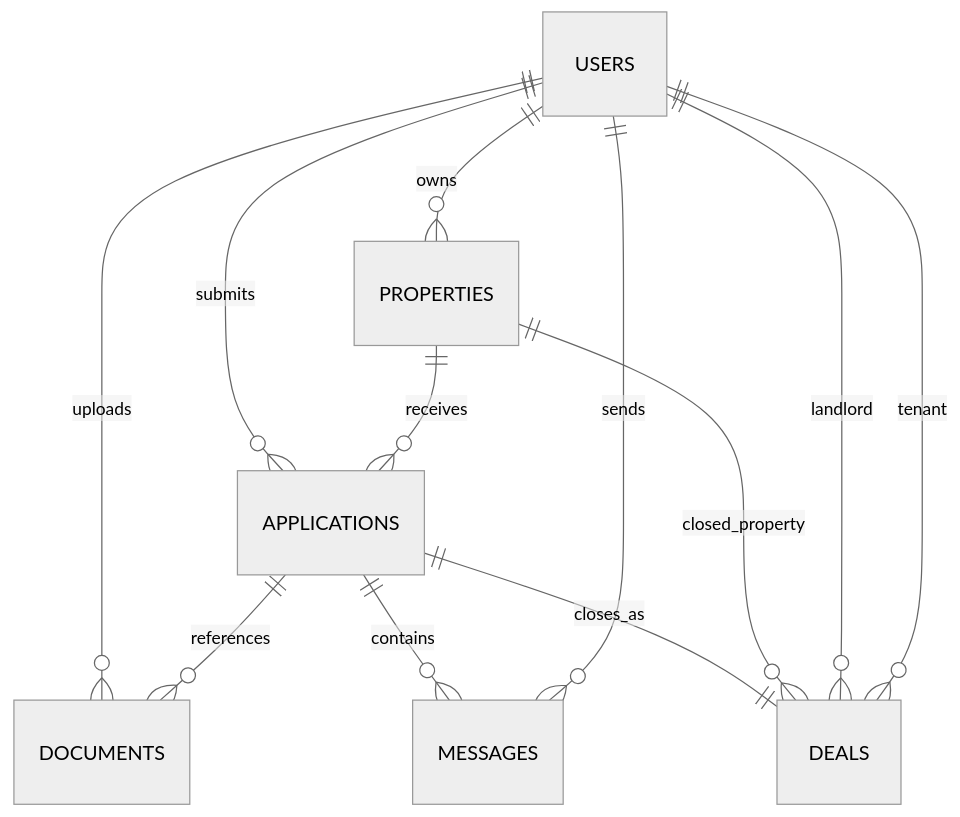
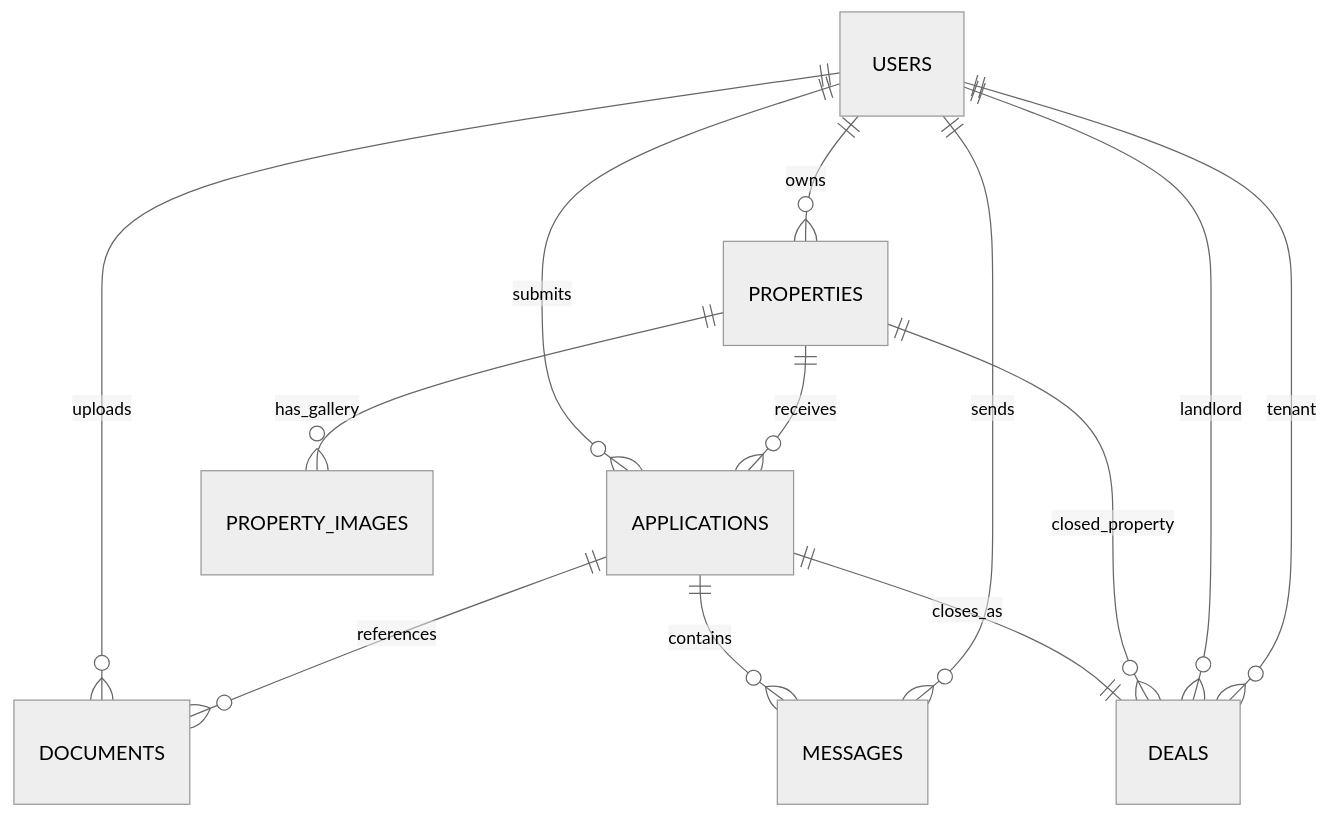
The diagram in docs/data-model.md (Carlos-could/backend-alquila), drawn with Mermaid (neutral theme) before and after one commit. The commit also changed other lines of this file and 10 other files, not shown here.

````diff
--- a/docs/data-model.md
+++ b/docs/data-model.md
@@ -16,14 +17,15 @@
 ```mermaid
 erDiagram
     USERS ||--o{ PROPERTIES : owns
     USERS ||--o{ APPLICATIONS : submits
     PROPERTIES ||--o{ APPLICATIONS : receives
     USERS ||--o{ DOCUMENTS : uploads
+    PROPERTIES ||--o{ PROPERTY_IMAGES : has_gallery
     APPLICATIONS ||--o{ DOCUMENTS : references
     APPLICATIONS ||--o{ MESSAGES : contains
     USERS ||--o{ MESSAGES : sends
     APPLICATIONS ||--|| DEALS : closes_as
     PROPERTIES ||--o{ DEALS : closed_property
     USERS ||--o{ DEALS : landlord
     USERS ||--o{ DEALS : tenant
 ```
````
